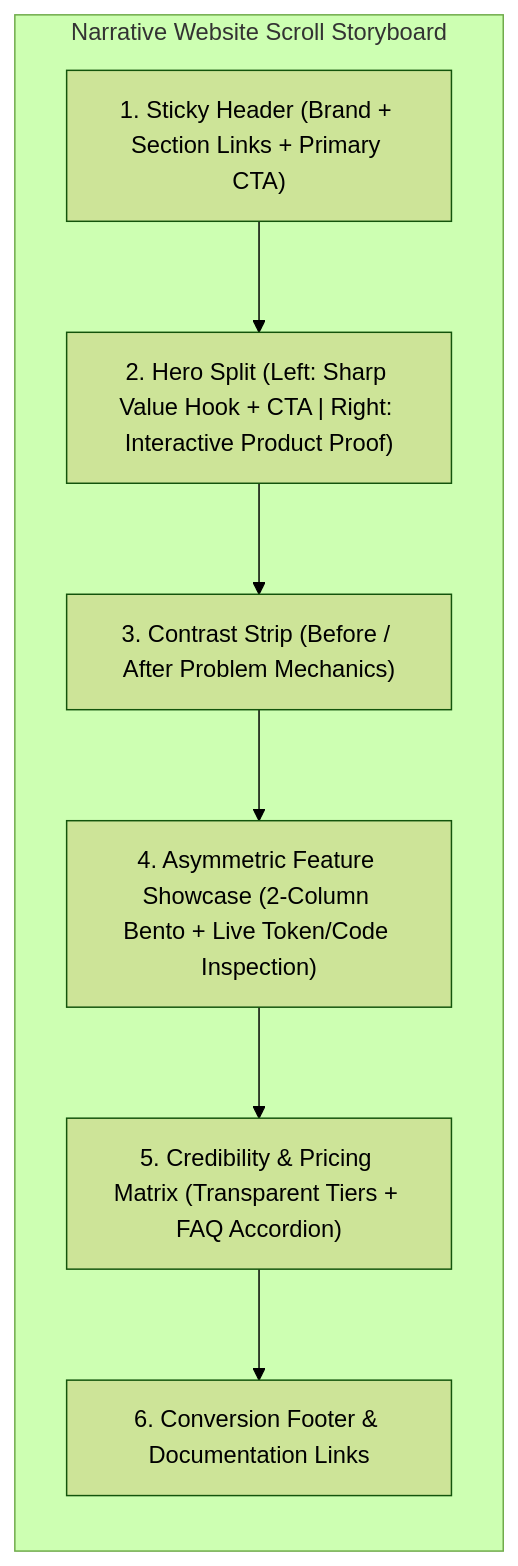
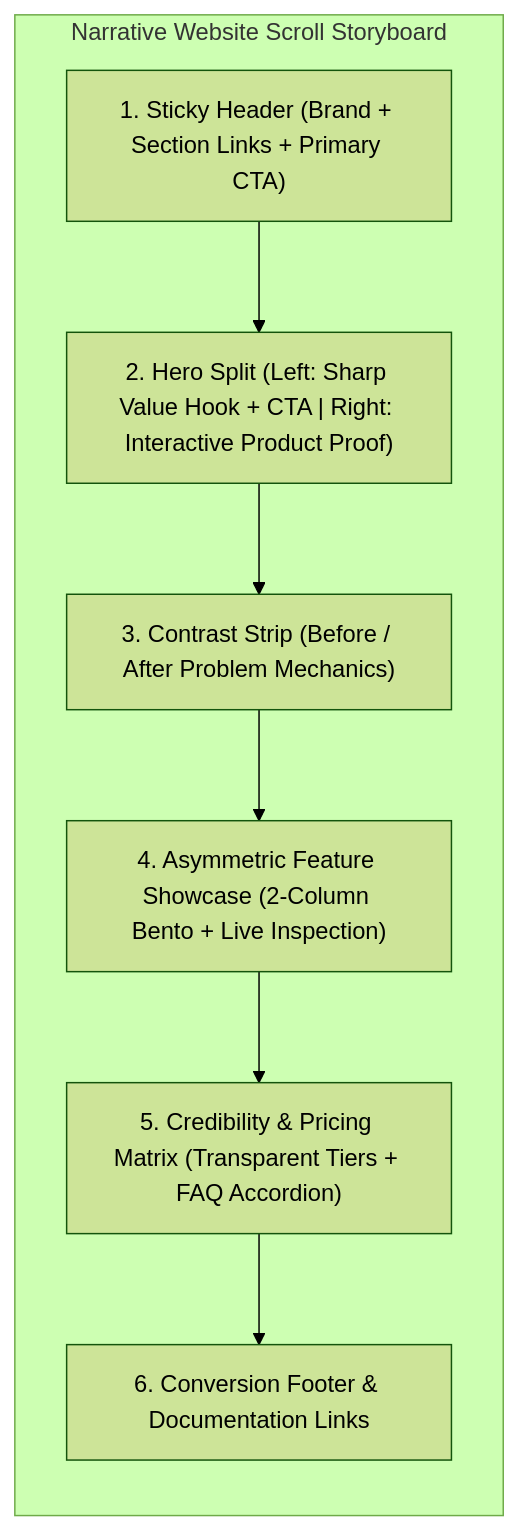
One commit to BeOjefe/cgspec changed the first of 3 diagrams in skills/cgspec-ui-ux/playbooks/02-layout-and-interaction.md. Above: the diagram before and after it, drawn with Mermaid (forest theme). The commit also changed other lines of this file and 14 other files, not shown here.

Commit message:
refactor(cgspec): enforce DRY 3-tier progressive disclosure, unified 4-section skill schema, and schema-leakage/capability-hiding visual audit laws (M-010)

````diff
--- a/skills/cgspec-ui-ux/playbooks/02-layout-and-interaction.md
+++ b/skills/cgspec-ui-ux/playbooks/02-layout-and-interaction.md
@@ -41,13 +20,13 @@
 ```mermaid
 flowchart TB
   subgraph Page ["Narrative Website Scroll Storyboard"]
     direction TB
     S1["1. Sticky Header (Brand + Section Links + Primary CTA)"]
     S2["2. Hero Split (Left: Sharp Value Hook + CTA | Right: Interactive Product Proof)"]
     S3["3. Contrast Strip (Before / After Problem Mechanics)"]
-    S4["4. Asymmetric Feature Showcase (2-Column Bento + Live Token/Code Inspection)"]
+    S4["4. Asymmetric Feature Showcase (2-Column Bento + Live Inspection)"]
     S5["5. Credibility & Pricing Matrix (Transparent Tiers + FAQ Accordion)"]
     S6["6. Conversion Footer & Documentation Links"]
     S1 --> S2 --> S3 --> S4 --> S5 --> S6
   end
 ```
````
